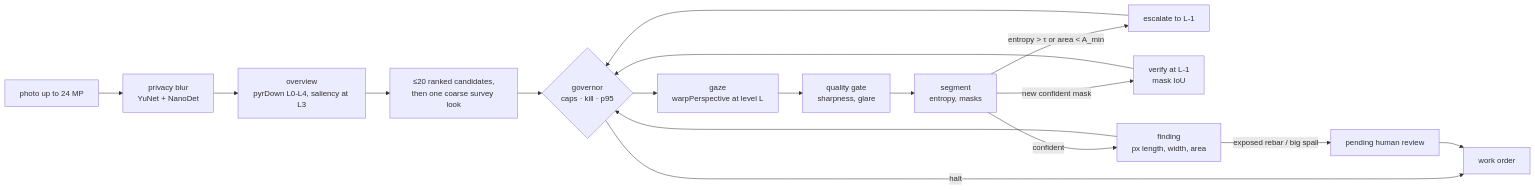
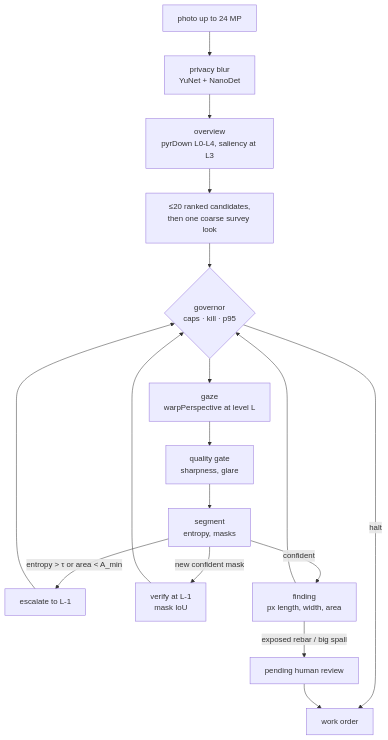
Before and after one commit to vj-io/drishyam: the diagram in README.md, drawn with Mermaid. The commit also changed other lines of this file and 11 other files, not shown here.

````diff
--- a/README.md
+++ b/README.md
@@ -16,19 +18,19 @@
 ```mermaid
-flowchart LR
+flowchart TD
     U[photo up to 24 MP] --> P[privacy blur<br/>YuNet + NanoDet]
     P --> O[overview<br/>pyrDown L0-L4, saliency at L3]
     O --> C[≤20 ranked candidates,<br/>then one coarse survey look]
     C --> G{governor<br/>caps · kill · p95}
     G -- halt --> W[work order]
     G --> L[gaze<br/>warpPerspective at level L]
     L --> Q[quality gate<br/>sharpness, glare]
     Q --> S[segment<br/>entropy, masks]
     S -- entropy > τ or area < A_min --> E[escalate to L-1]
     S -- new confident mask --> V[verify at L-1<br/>mask IoU]
     S -- confident --> F[finding<br/>px length, width, area]
     F -- exposed rebar / big spall --> H[pending human review]
     E --> G
     V --> G
     F --> G
     H --> W
 ```
````
